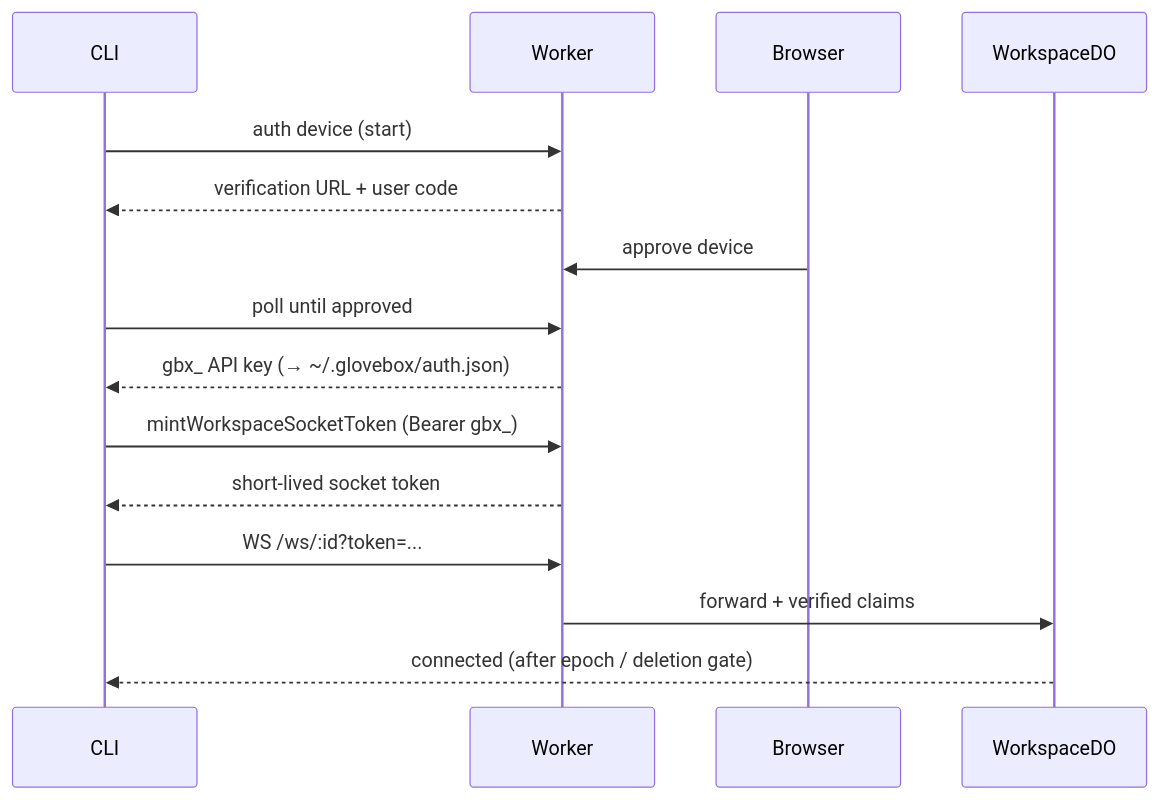
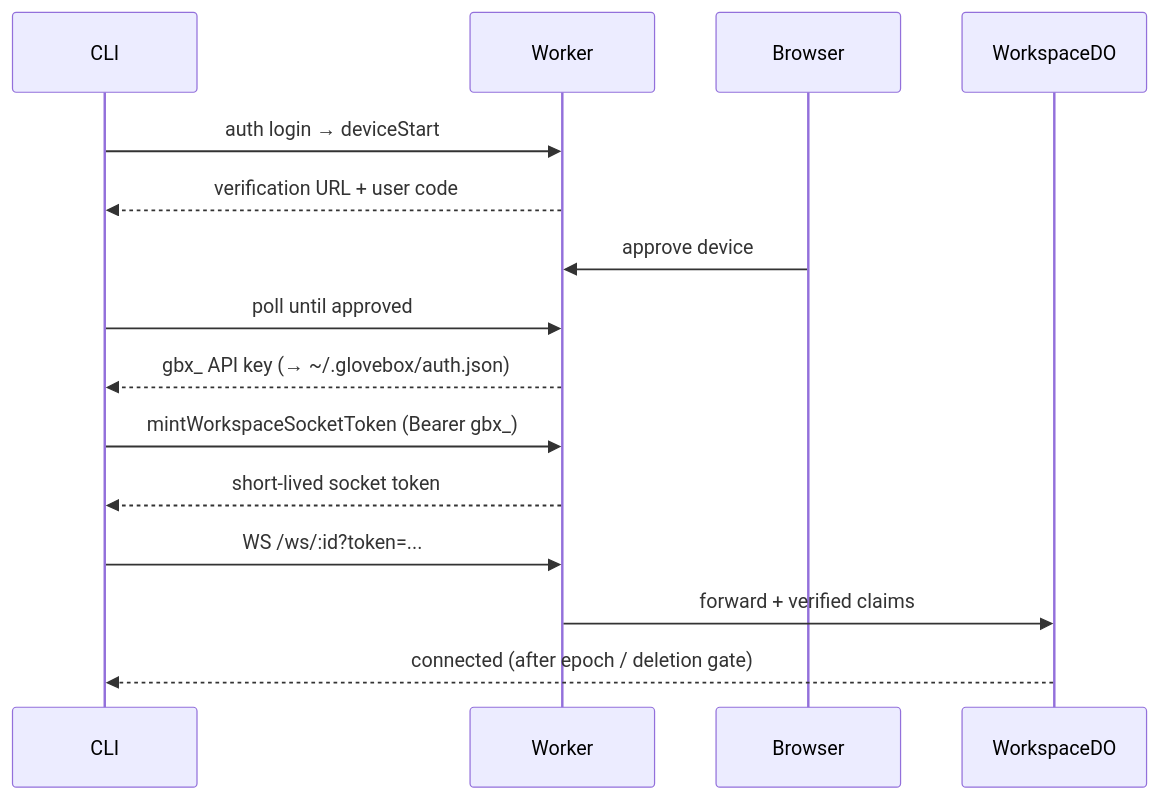
The second of 3 diagrams in docs/architecture.md (grovemotorco/glovebox), drawn with Mermaid before and after one commit. The commit also changed 20 other files, not shown here.

First line of the commit message:
feat(cli): consolidate auth flow, defer group help, user-facing help + parseable errors

````diff
--- a/docs/architecture.md
+++ b/docs/architecture.md
@@ -74,19 +74,19 @@
 ```mermaid
 sequenceDiagram
   participant CLI
   participant Worker
   participant Browser
   participant DO as WorkspaceDO
 
-  CLI->>Worker: auth device (start)
+  CLI->>Worker: auth login → deviceStart
   Worker-->>CLI: verification URL + user code
   Browser->>Worker: approve device
   CLI->>Worker: poll until approved
   Worker-->>CLI: gbx_ API key  (→ ~/.glovebox/auth.json)
 
   CLI->>Worker: mintWorkspaceSocketToken (Bearer gbx_)
   Worker-->>CLI: short-lived socket token
   CLI->>Worker: WS /ws/:id?token=...
   Worker->>DO: forward + verified claims
   DO-->>CLI: connected (after epoch / deletion gate)
 ```
````
